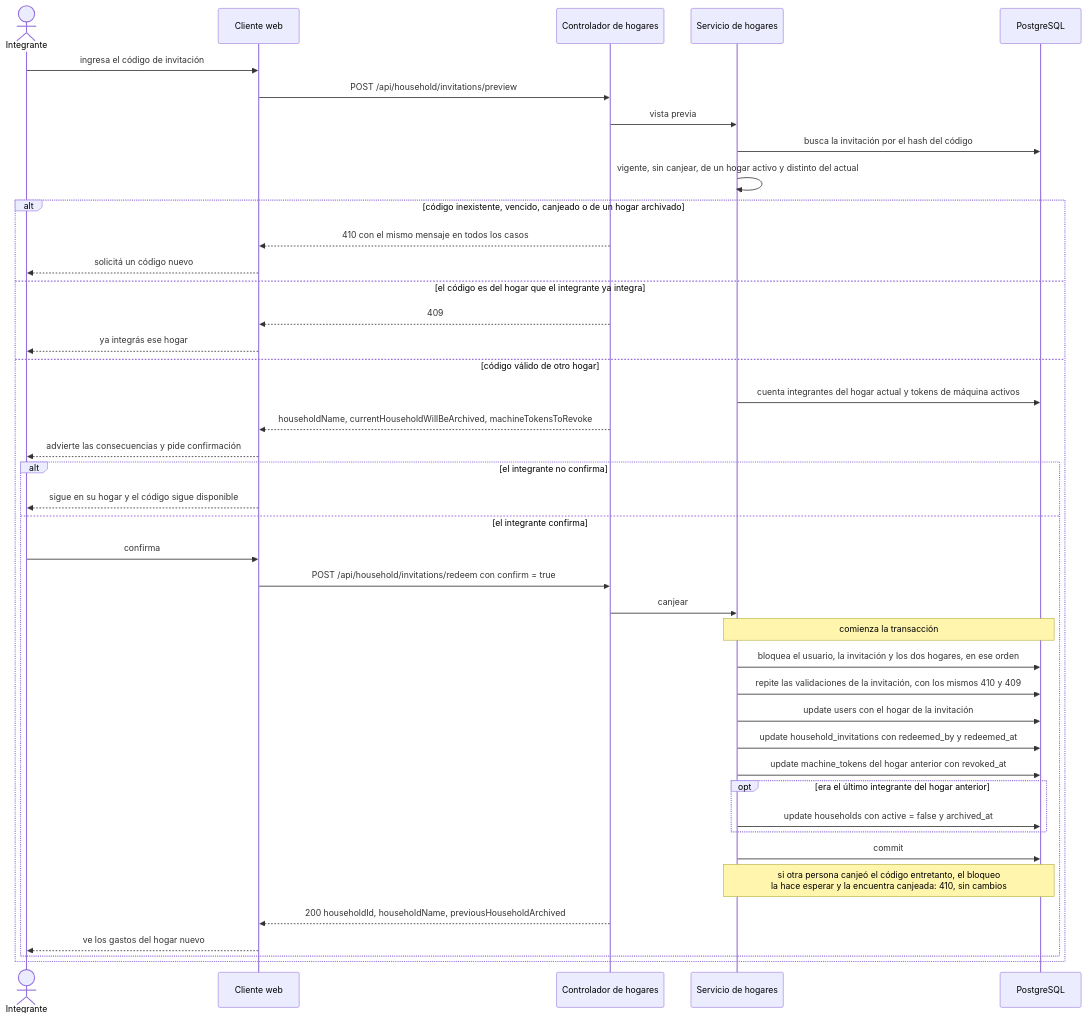
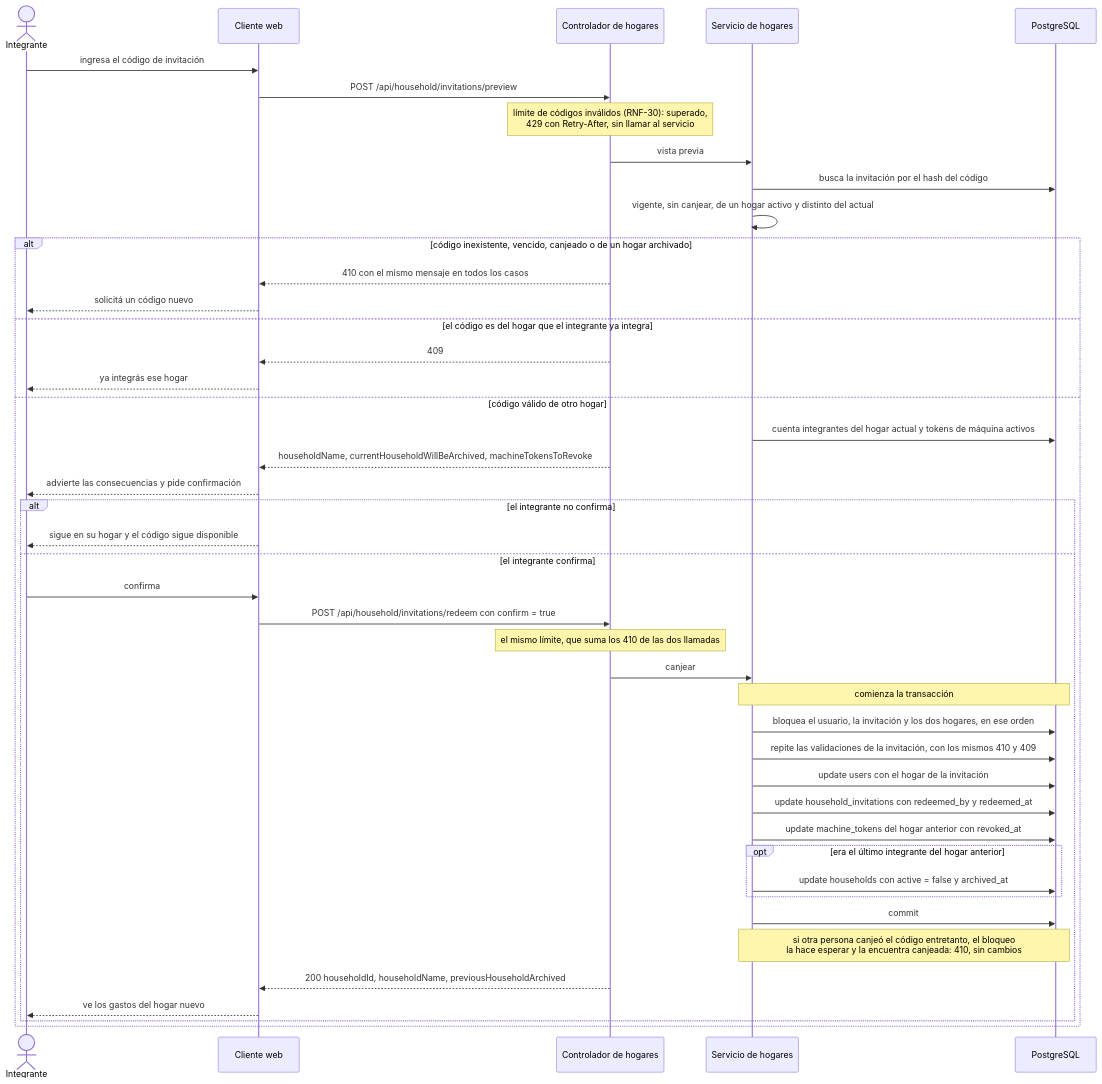
One commit to patorinaldi/gastos changed the ninth of 19 diagrams in docs/diagramas.md. Above: the diagram before and after it, drawn with Mermaid. The commit also changed 6 other files, not shown here.

````diff
--- a/docs/diagramas.md
+++ b/docs/diagramas.md
@@ -463,47 +463,49 @@
 ```mermaid
 sequenceDiagram
     actor U as Integrante
     participant W as Cliente web
     participant C as Controlador de hogares
     participant S as Servicio de hogares
     participant DB as PostgreSQL
 
     U->>W: ingresa el código de invitación
     W->>C: POST /api/household/invitations/preview
+    Note over C: límite de códigos inválidos (RNF-30): superado,<br/>429 con Retry-After, sin llamar al servicio
     C->>S: vista previa
     S->>DB: busca la invitación por el hash del código
     S->>S: vigente, sin canjear, de un hogar activo y distinto del actual
 
     alt código inexistente, vencido, canjeado o de un hogar archivado
         C-->>W: 410 con el mismo mensaje en todos los casos
         W-->>U: solicitá un código nuevo
     else el código es del hogar que el integrante ya integra
         C-->>W: 409
         W-->>U: ya integrás ese hogar
     else código válido de otro hogar
         S->>DB: cuenta integrantes del hogar actual y tokens de máquina activos
         C-->>W: householdName, currentHouseholdWillBeArchived, machineTokensToRevoke
         W-->>U: advierte las consecuencias y pide confirmación
 
         alt el integrante no confirma
             W-->>U: sigue en su hogar y el código sigue disponible
         else el integrante confirma
             U->>W: confirma
             W->>C: POST /api/household/invitations/redeem con confirm = true
+            Note over C: el mismo límite, que suma los 410 de las dos llamadas
             C->>S: canjear
             Note over S,DB: comienza la transacción
             S->>DB: bloquea el usuario, la invitación y los dos hogares, en ese orden
             S->>DB: repite las validaciones de la invitación, con los mismos 410 y 409
             S->>DB: update users con el hogar de la invitación
             S->>DB: update household_invitations con redeemed_by y redeemed_at
             S->>DB: update machine_tokens del hogar anterior con revoked_at
             opt era el último integrante del hogar anterior
                 S->>DB: update households con active = false y archived_at
             end
             S->>DB: commit
             Note over S,DB: si otra persona canjeó el código entretanto, el bloqueo<br/>la hace esperar y la encuentra canjeada: 410, sin cambios
             C-->>W: 200 householdId, householdName, previousHouseholdArchived
             W-->>U: ve los gastos del hogar nuevo
         end
     end
 ```
````
